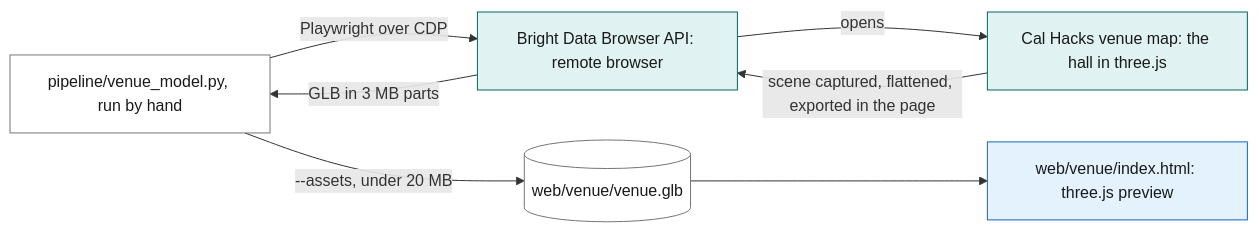
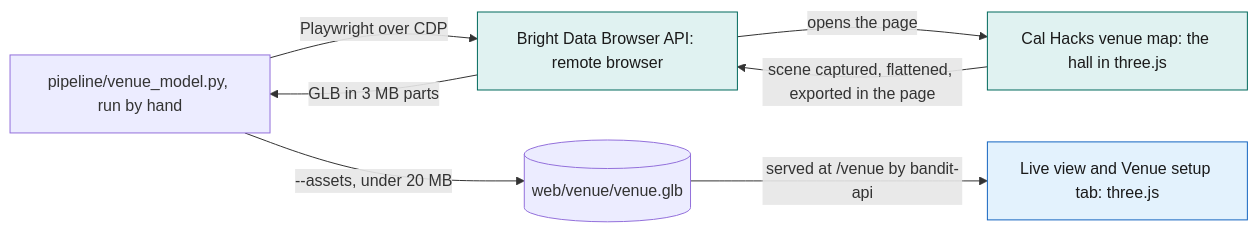
Before and after one commit to viktorinkov/cal-hacks-13: the third of 6 diagrams in System Design/7-integrations/Bright-Data.md, drawn with Mermaid. The commit also changed other lines of this file and 5 other files, not shown here.

````diff
--- a/System Design/7-integrations/Bright-Data.md
+++ b/System Design/7-integrations/Bright-Data.md
@@ -192,15 +186,13 @@
 ```mermaid
 flowchart LR
   PY["pipeline/venue_model.py, run by hand"] -->|"Playwright over CDP"| BR["Bright Data Browser API: remote browser"]
-  BR -->|"opens"| MAP["Cal Hacks venue map: the hall in three.js"]
+  BR -->|"opens the page"| MAP["Cal Hacks venue map: the hall in three.js"]
   MAP -->|"scene captured, flattened, exported in the page"| BR
   BR -->|"GLB in 3 MB parts"| PY
   PY -->|"--assets, under 20 MB"| GLB[("web/venue/venue.glb")]
-  GLB --> PV["web/venue/index.html: three.js preview"]
+  GLB -->|"served at /venue by bandit-api"| PV["Live view and Venue setup tab: three.js"]
   classDef ext fill:#E0F2F1,stroke:#00695C,color:#1A1A1A
   classDef web fill:#E3F2FD,stroke:#1565C0,color:#1A1A1A
-  classDef plain fill:#FFFFFF,stroke:#757575,color:#1A1A1A
   class BR,MAP ext
   class PV web
-  class PY,GLB plain
 ```
````
